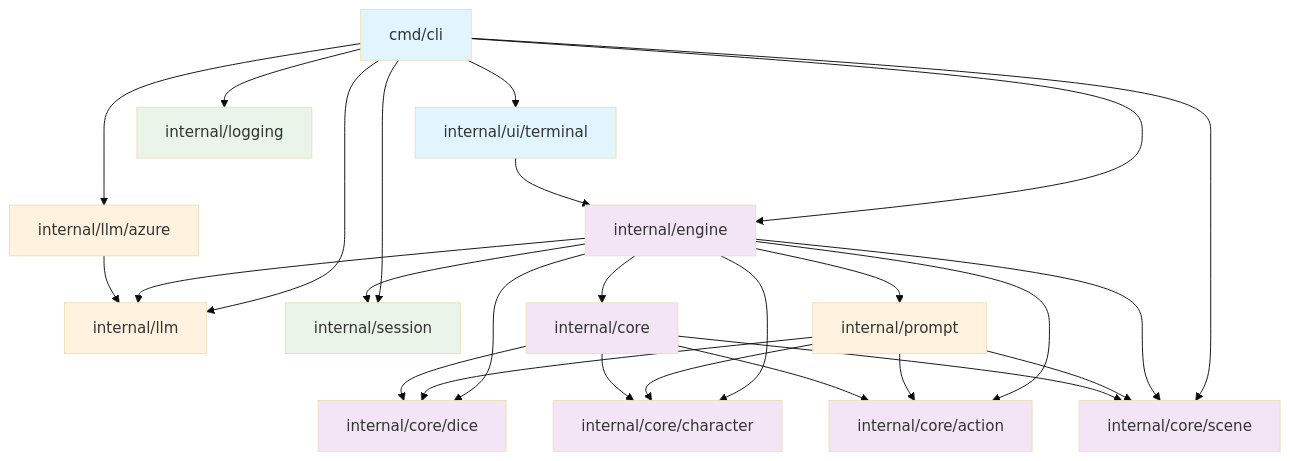
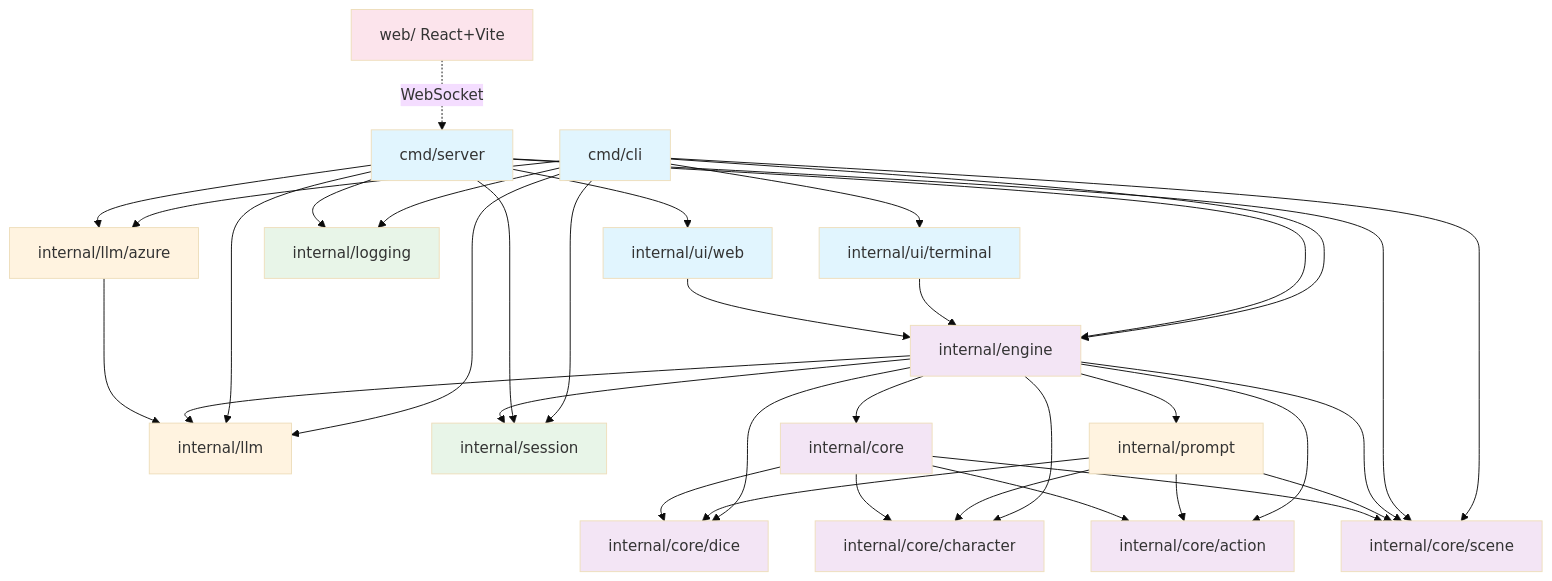
Before and after one commit to C-Ross/LlamaOfFate: the diagram in docs/architecture.md, drawn with Mermaid (base theme). The commit also changed 2 other files, not shown here.

Commit message:
docs: update README, architecture, and copilot instructions for web UI
Add web stack (cmd/server, ui/web, web/) to package structure, update
justfile commands to namespaced targets, move web UI from planned to
implemented, and add Server/WebUI/WebFrontend nodes to architecture
dependency graph.

````diff
--- a/docs/architecture.md
+++ b/docs/architecture.md
@@ -5,53 +5,68 @@
 ```mermaid
 graph TB
     %% Entry Points
     CLI[cmd/cli] --> Engine[internal/engine]
     CLI --> TerminalUI[internal/ui/terminal]
     CLI --> LLM[internal/llm]
     CLI --> Azure[internal/llm/azure]
     CLI --> Logging[internal/logging]
     CLI --> Session[internal/session]
     CLI --> Scene[internal/core/scene]
 
+    Server[cmd/server] --> Engine
+    Server --> WebUI[internal/ui/web]
+    Server --> LLM
+    Server --> Azure
+    Server --> Logging
+    Server --> Session
+    Server --> Scene
+
+    %% Web Frontend
+    WebFrontend[web/ React+Vite] -.->|WebSocket| Server
+
     %% UI Dependencies
     TerminalUI --> Engine
+    WebUI --> Engine
 
     %% Engine Dependencies
     Engine --> Prompt[internal/prompt]
     Engine --> LLM
     Engine --> Session
     Engine --> Core[internal/core]
     Engine --> Dice[internal/core/dice]
     Engine --> Character[internal/core/character]
     Engine --> Action[internal/core/action]
     Engine --> Scene
 
     %% Prompt Dependencies
     Prompt --> Scene
     Prompt --> Character
     Prompt --> Action
     Prompt --> Dice
 
     %% LLM Implementations
     Azure --> LLM
 
     %% Core Package Internal Dependencies
     Core --> Dice
     Core --> Character
     Core --> Action
     Core --> Scene
 
     %% Leaf Packages (no internal deps)
 
     %% Styling
     classDef entryPoint fill:#e1f5fe
     classDef core fill:#f3e5f5
     classDef infrastructure fill:#fff3e0
     classDef external fill:#e8f5e8
 
-    class CLI,TerminalUI entryPoint
+    classDef frontend fill:#fce4ec
+
+    class CLI,TerminalUI,Server,WebUI entryPoint
     class Engine,Core,Dice,Character,Action,Scene core
     class Prompt infrastructure
     class LLM,Azure infrastructure
     class Session,Logging external
+    class WebFrontend frontend
 ```
````
